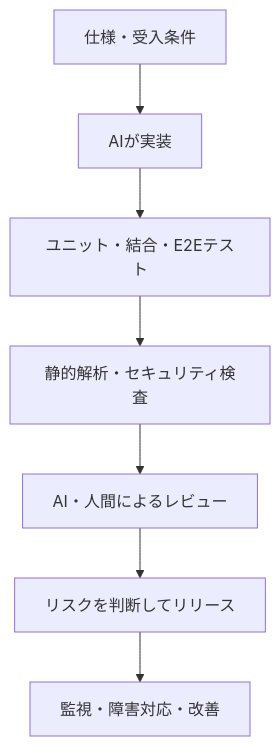
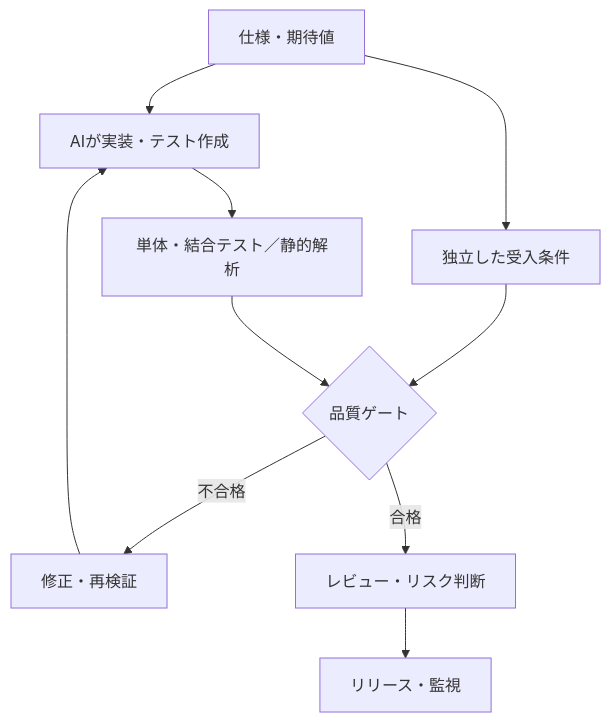
The diagram in articles/trusting-ai-generated-code.md (Umemura0212/zenn-content), drawn with Mermaid before and after one commit. The commit also changed other lines of this file, not shown here.

````diff
--- a/articles/trusting-ai-generated-code.md
+++ b/articles/trusting-ai-generated-code.md
@@ -21,9 +21,12 @@
 ```mermaid
 flowchart TD
-    A[仕様・受入条件] --> B[AIが実装]
-    B --> C[ユニット・結合・E2Eテスト]
-    C --> D[静的解析・セキュリティ検査]
-    D --> E[AI・人間によるレビュー]
-    E --> F[リスクを判断してリリース]
-    F --> G[監視・障害対応・改善]
+    A[仕様・期待値] --> B[AIが実装・テスト作成]
+    A --> C[独立した受入条件]
+    B --> D[単体・結合テスト／静的解析]
+    C --> E{品質ゲート}
+    D --> E
+    E -->|不合格| F[修正・再検証]
+    F --> B
+    E -->|合格| G[レビュー・リスク判断]
+    G --> H[リリース・監視]
 ```
````
